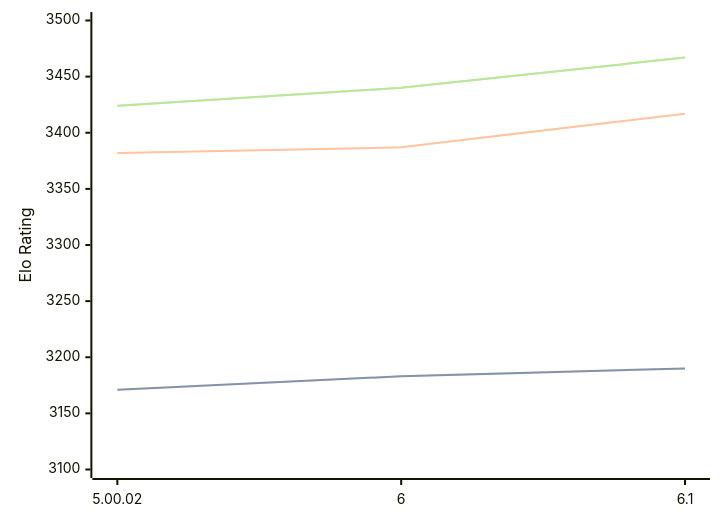
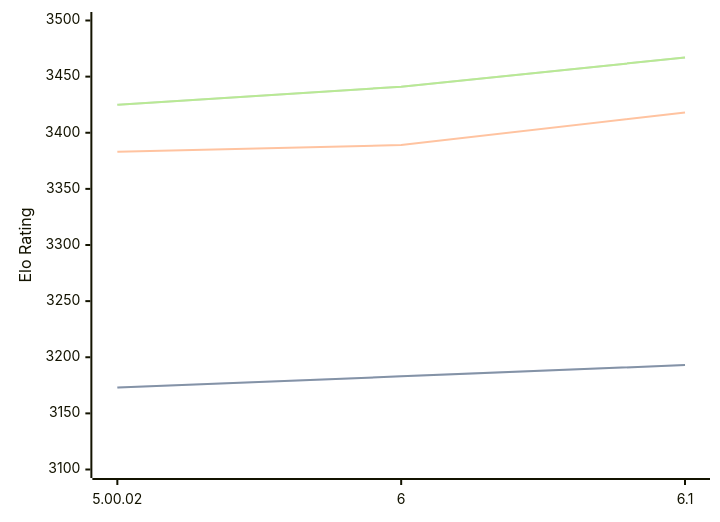
One commit to computer-chess-index/cci changed the diagram in engines/Zangdar.md. Above: the diagram before and after it, drawn with Mermaid. The commit also changed other lines of this file, not shown here.

Commit message:
Update CCI Ratings (ELO VLTC) - 2026-02-16

````diff
--- a/engines/Zangdar.md
+++ b/engines/Zangdar.md
@@ -42,11 +42,11 @@
 ```mermaid
 %%{init: {"theme":"base","themeVariables":{"seriesColors:['#a3a3a3','#222221','#faa371']}}}%%
 xychart-beta
   x-axis ["5.00.02", "6", "6.1"]
   y-axis "Elo Rating" 3100 --> 3500
-  line "STC (8.0+0.08s)" [3171, 3183, 3190]
-  line "STC (8.0+0.08s)" [3171, 3183, 3190]
-  line "LTC (60.0+0.60s)" [3382, 3387, 3417]
-  line "VLTC (2m24s+1.12s)" [3424, 3440, 3467]
-  line "VLTC (2m24s+1.12s)" [3424, 3440, 3467]
+  line "STC (8.0+0.08s)" [3173, 3183, 3193]
+  line "STC (8.0+0.08s)" [3173, 3183, 3193]
+  line "LTC (60.0+0.60s)" [3383, 3389, 3418]
+  line "VLTC (2m24s+1.12s)" [3425, 3441, 3467]
+  line "VLTC (2m24s+1.12s)" [3425, 3441, 3467]
 ```
````
